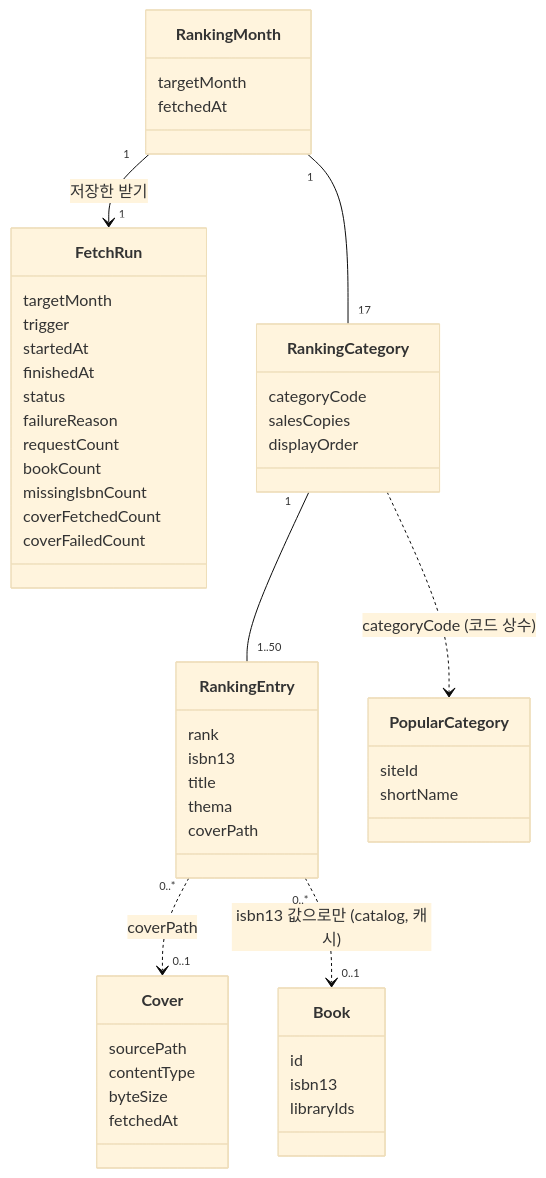
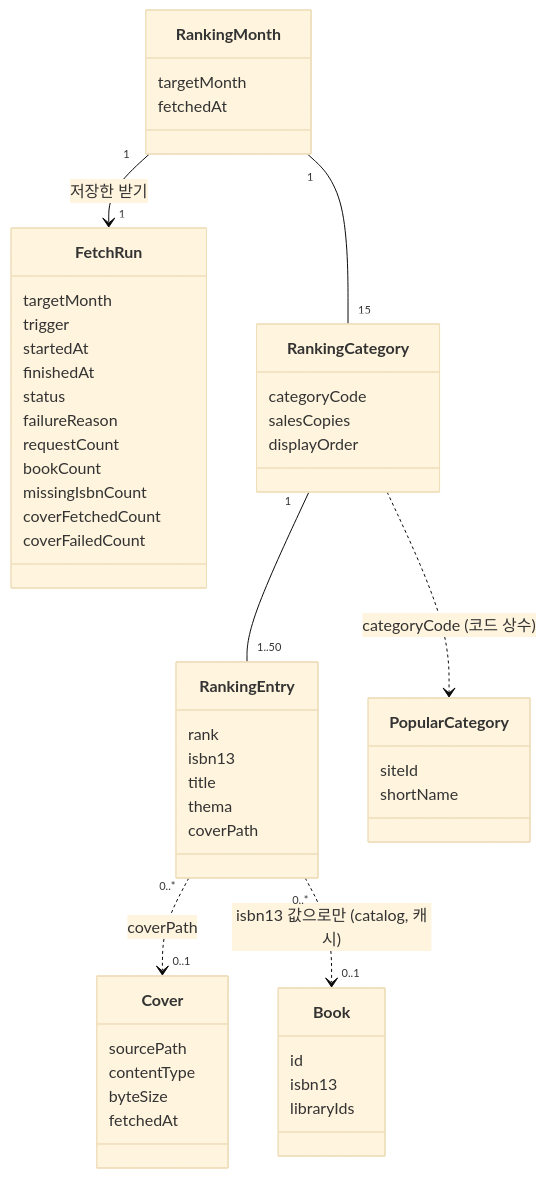
The sixth of 7 diagrams in docs/current/module-map.md (hodu-sketch/chaekcheck-plan), drawn with Mermaid (base theme) before and after one commit. The commit also changed other lines of this file and 20 other files, not shown here.

````diff
--- a/docs/current/module-map.md
+++ b/docs/current/module-map.md
@@ -367,53 +407,53 @@
 ```mermaid
 classDiagram
   class FetchRun {
     targetMonth
     trigger
     startedAt
     finishedAt
     status
     failureReason
     requestCount
     bookCount
     missingIsbnCount
     coverFetchedCount
     coverFailedCount
   }
   class RankingMonth {
     targetMonth
     fetchedAt
   }
   class RankingCategory {
     categoryCode
     salesCopies
     displayOrder
   }
   class RankingEntry {
     rank
     isbn13
     title
     thema
     coverPath
   }
   class Cover {
     sourcePath
     contentType
     byteSize
     fetchedAt
   }
   class PopularCategory {
     siteId
     shortName
   }
   class Book {
     id
     isbn13
     libraryIds
   }
   RankingMonth "1" --> "1" FetchRun : 저장한 받기
-  RankingMonth "1" -- "17" RankingCategory
+  RankingMonth "1" -- "15" RankingCategory
   RankingCategory "1" -- "1..50" RankingEntry
   RankingEntry "0..*" ..> "0..1" Cover : coverPath
   RankingCategory ..> PopularCategory : categoryCode (코드 상수)
   RankingEntry "0..*" ..> "0..1" Book : isbn13 값으로만 (catalog, 캐시)
 ```
````
